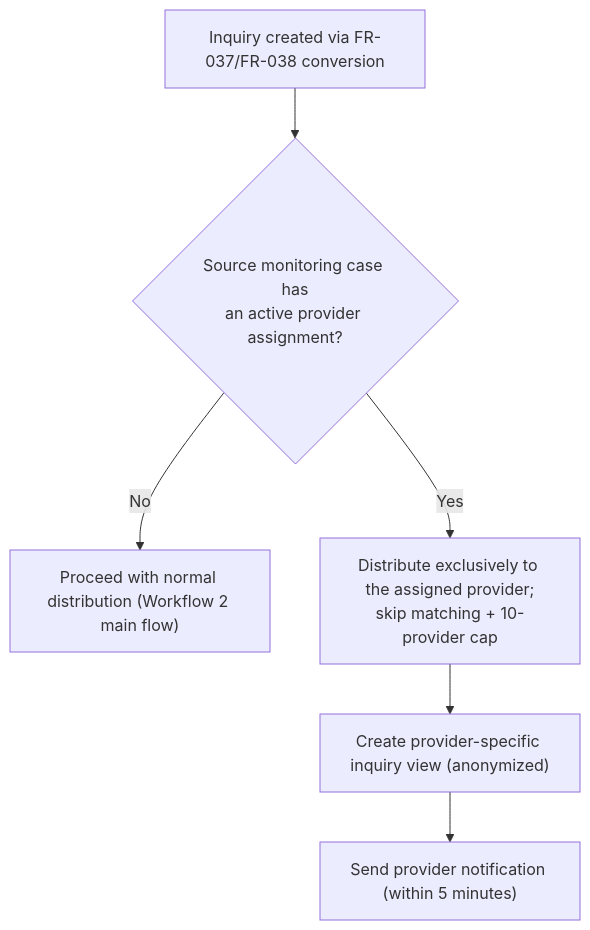
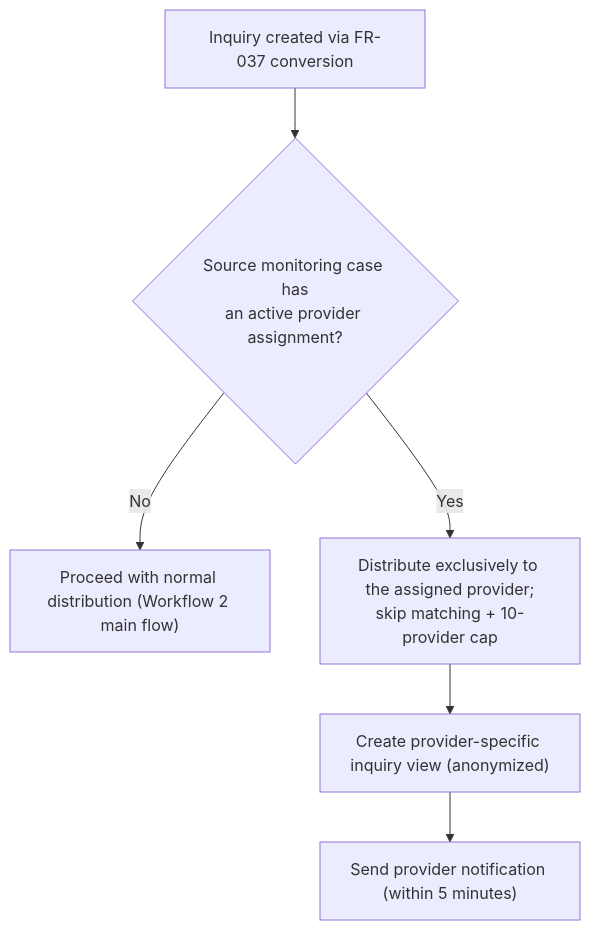
The ninth of 15 diagrams in project-requirements/functional-requirements/fr003-inquiry-submission/prd.md (joachimtrungtuan/hairline-pm-docs), drawn with Mermaid before and after one commit. The commit also changed other lines of this file, not shown here.

Commit message:
docs(fr003): align monitoring conversion references

````diff
--- a/project-requirements/functional-requirements/fr003-inquiry-submission/prd.md
+++ b/project-requirements/functional-requirements/fr003-inquiry-submission/prd.md
@@ -253,8 +253,8 @@
 ```mermaid
 flowchart TD
-    Start["Inquiry created via FR-037/FR-038 conversion"] --> Check{"Source monitoring case has<br/>an active provider assignment?"}
+    Start["Inquiry created via FR-037 conversion"] --> Check{"Source monitoring case has<br/>an active provider assignment?"}
     Check -->|No| Normal["Proceed with normal distribution (Workflow 2 main flow)"]
     Check -->|Yes| Exclusive["Distribute exclusively to the assigned provider;<br/>skip matching + 10-provider cap"]
     Exclusive --> Views["Create provider-specific inquiry view (anonymized)"]
     Views --> Notify["Send provider notification (within 5 minutes)"]
 ```
````
